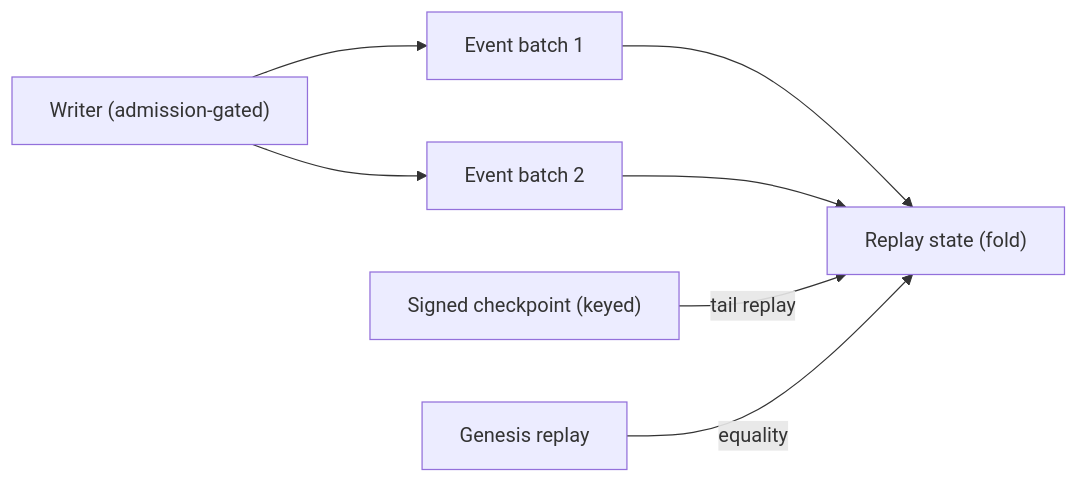
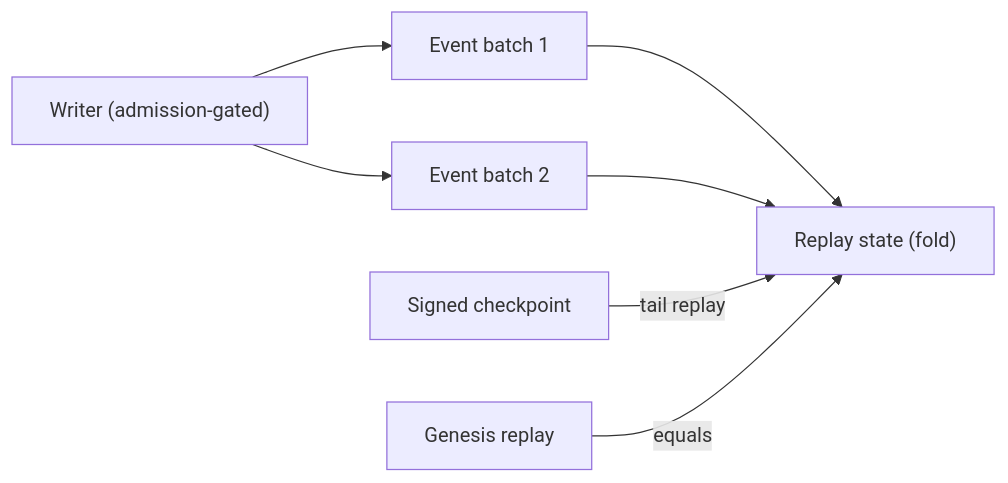
One commit to nrag/Memorii changed the third of 7 diagrams in docs/architecture.md. Above: the diagram before and after it, drawn with Mermaid. The commit also changed other lines of this file and 1 other file, not shown here.

First line of the commit message:
docs: rewrite the README and architecture guide in Simplified Technical English (ASD-STE100)

````diff
--- a/docs/architecture.md
+++ b/docs/architecture.md
@@ -138,9 +137,9 @@
 ```mermaid
 flowchart LR
     W["Writer (admission-gated)"] --> B1["Event batch 1"]
     W --> B2["Event batch 2"]
     B1 --> RS["Replay state (fold)"]
     B2 --> RS
-    CP["Signed checkpoint (keyed)"] -->|"tail replay"| RS
-    GEN["Genesis replay"] -->|"equality"| RS
+    CP["Signed checkpoint"] -->|"tail replay"| RS
+    GEN["Genesis replay"] -->|"equals"| RS
 ```
````
